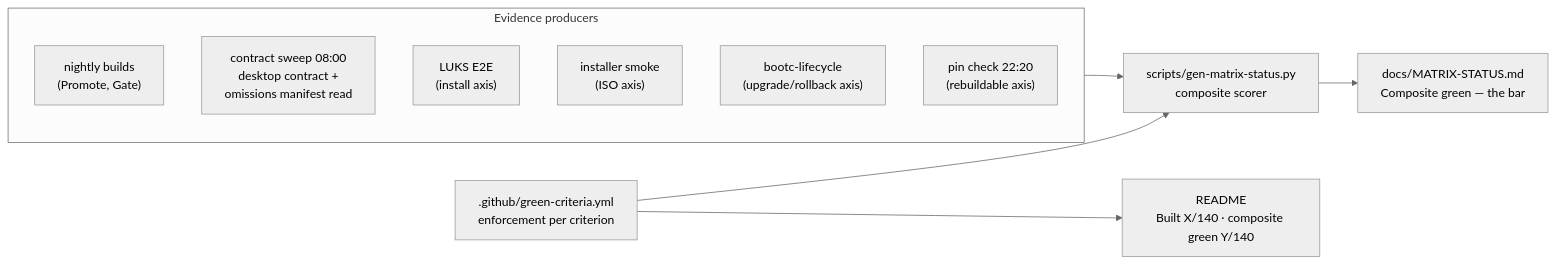
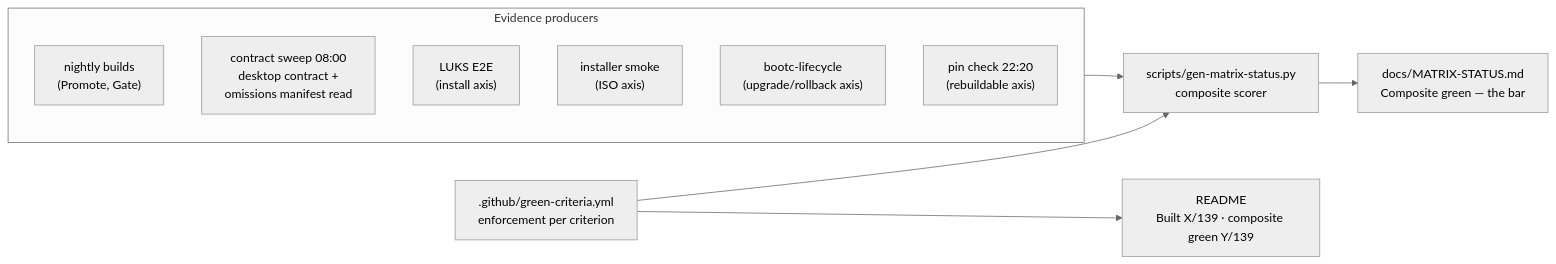
One commit to tuna-os/tunaOS changed the fifth of 5 diagrams in docs/DEVELOPER-GUIDE.md. Above: the diagram before and after it, drawn with Mermaid (neutral theme). The commit also changed other lines of this file and 1 other file, not shown here.

````diff
--- a/docs/DEVELOPER-GUIDE.md
+++ b/docs/DEVELOPER-GUIDE.md
@@ -245,20 +245,20 @@
 ```mermaid
 flowchart LR
     subgraph evidence["Evidence producers"]
         BLD["nightly builds<br/>(Promote, Gate)"]
         SWEEP["contract sweep 08:00<br/>desktop contract +<br/>omissions manifest read"]
         LUKS["LUKS E2E<br/>(install axis)"]
         ISO["installer smoke<br/>(ISO axis)"]
         LC["bootc-lifecycle<br/>(upgrade/rollback axis)"]
         PIN["pin check 22:20<br/>(rebuildable axis)"]
     end
     CRIT[".github/green-criteria.yml<br/>enforcement per criterion"]
     GEN["scripts/gen-matrix-status.py<br/>composite scorer"]
     MS["docs/MATRIX-STATUS.md<br/>Composite green — the bar"]
-    RM["README<br/>Built X/140 · composite green Y/140"]
+    RM["README<br/>Built X/139 · composite green Y/139"]
 
     evidence --> GEN
     CRIT --> GEN
     GEN --> MS
     CRIT --> RM
 ```
````
